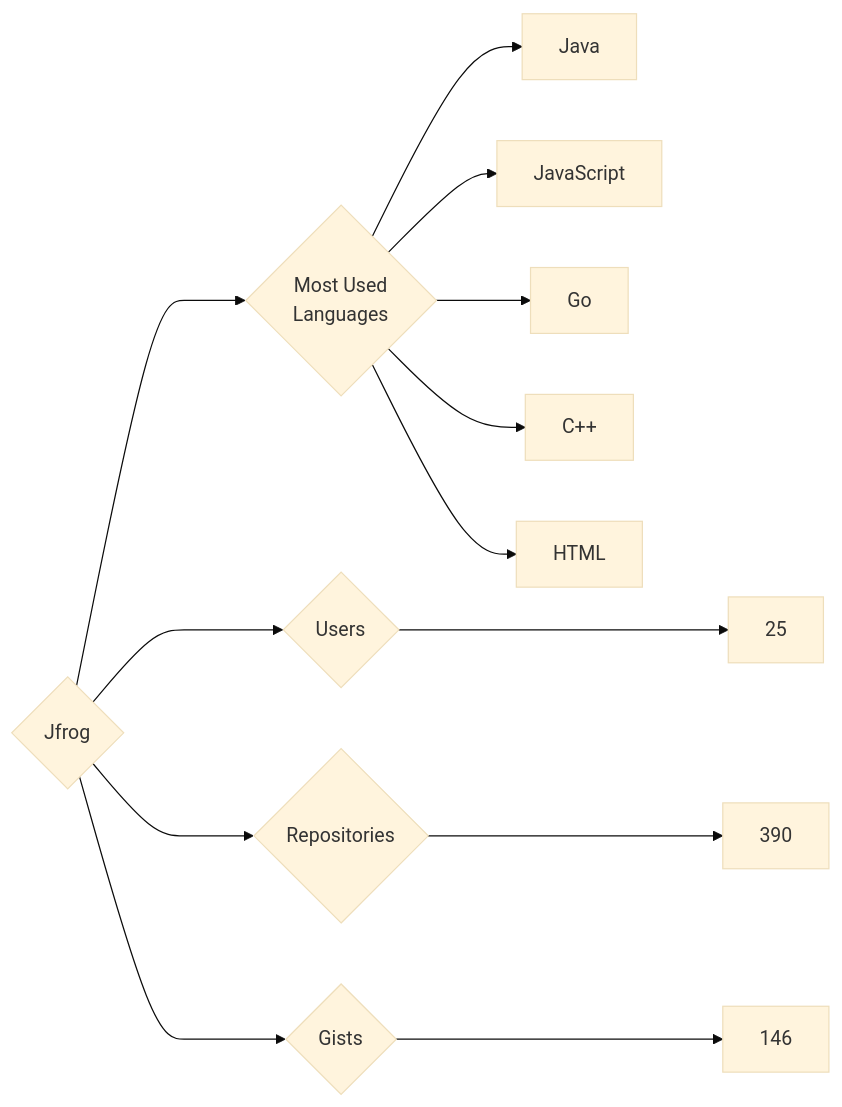
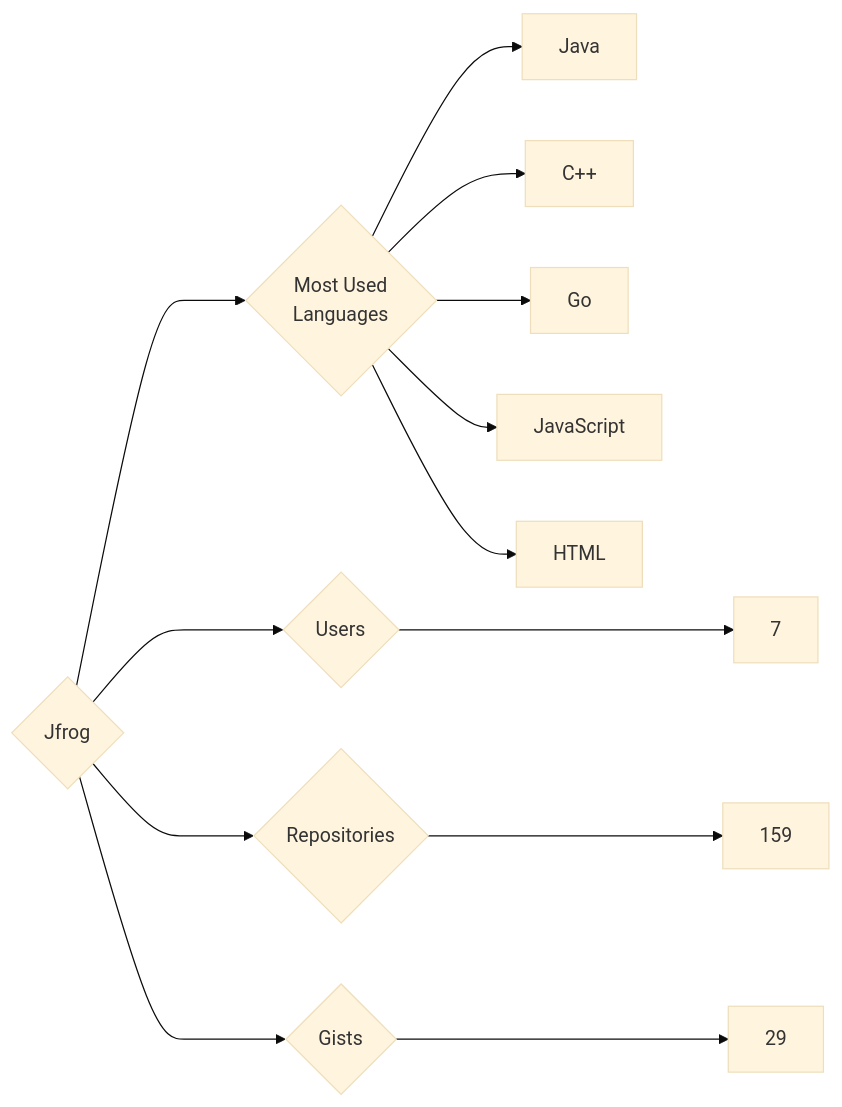
The diagram in targets/Jfrog/README.md (trickest/insiders), drawn with Mermaid (base theme) before and after one commit. The commit also changed 872 other files, not shown here.

````diff
--- a/targets/Jfrog/README.md
+++ b/targets/Jfrog/README.md
@@ -3,13 +3,13 @@
 ```mermaid
 graph LR
 COMPANY_NAME{Jfrog}
-COMPANY_NAME ---> U{Users} ---> UN[25]
-COMPANY_NAME ---> R{Repositories} ---> RN[390]
-COMPANY_NAME ---> G{Gists} ---> GN[146]
+COMPANY_NAME ---> U{Users} ---> UN[7]
+COMPANY_NAME ---> R{Repositories} ---> RN[159]
+COMPANY_NAME ---> G{Gists} ---> GN[29]
 COMPANY_NAME ---> ML{Most Used<br>Languages}
 ML --> Java[Java]
+ML --> C++[C++]
+ML --> Go[Go]
 ML --> JavaScript[JavaScript]
-ML --> Go[Go]
-ML --> C++[C++]
 ML --> HTML[HTML]
 ```
````
